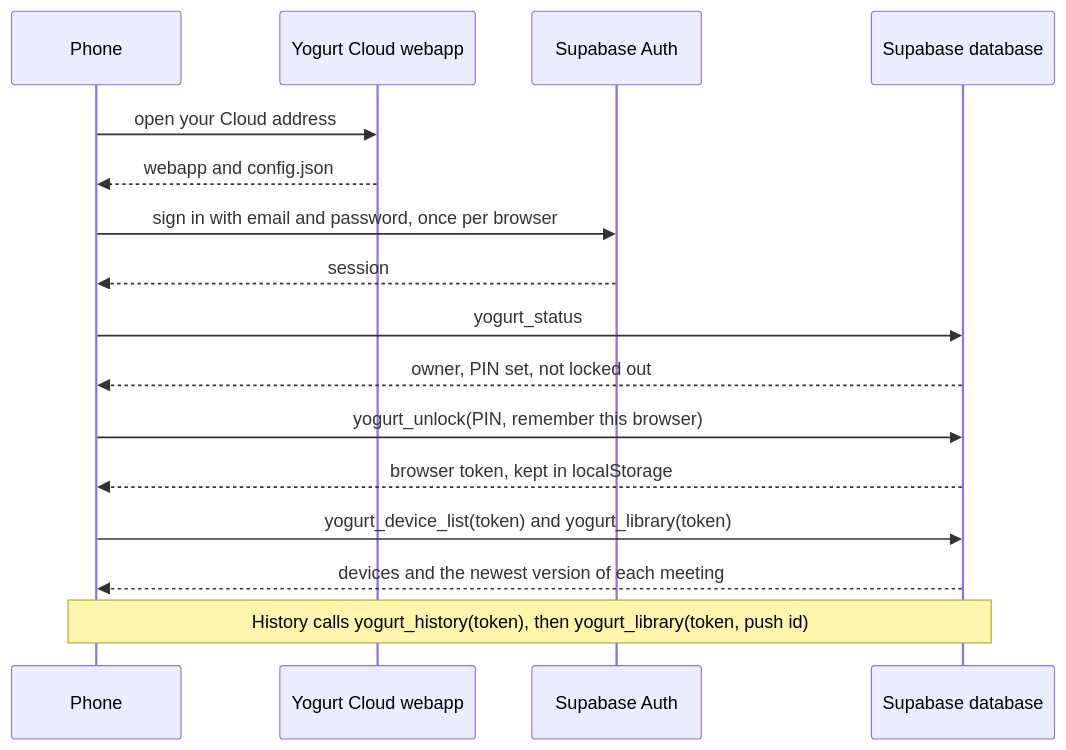
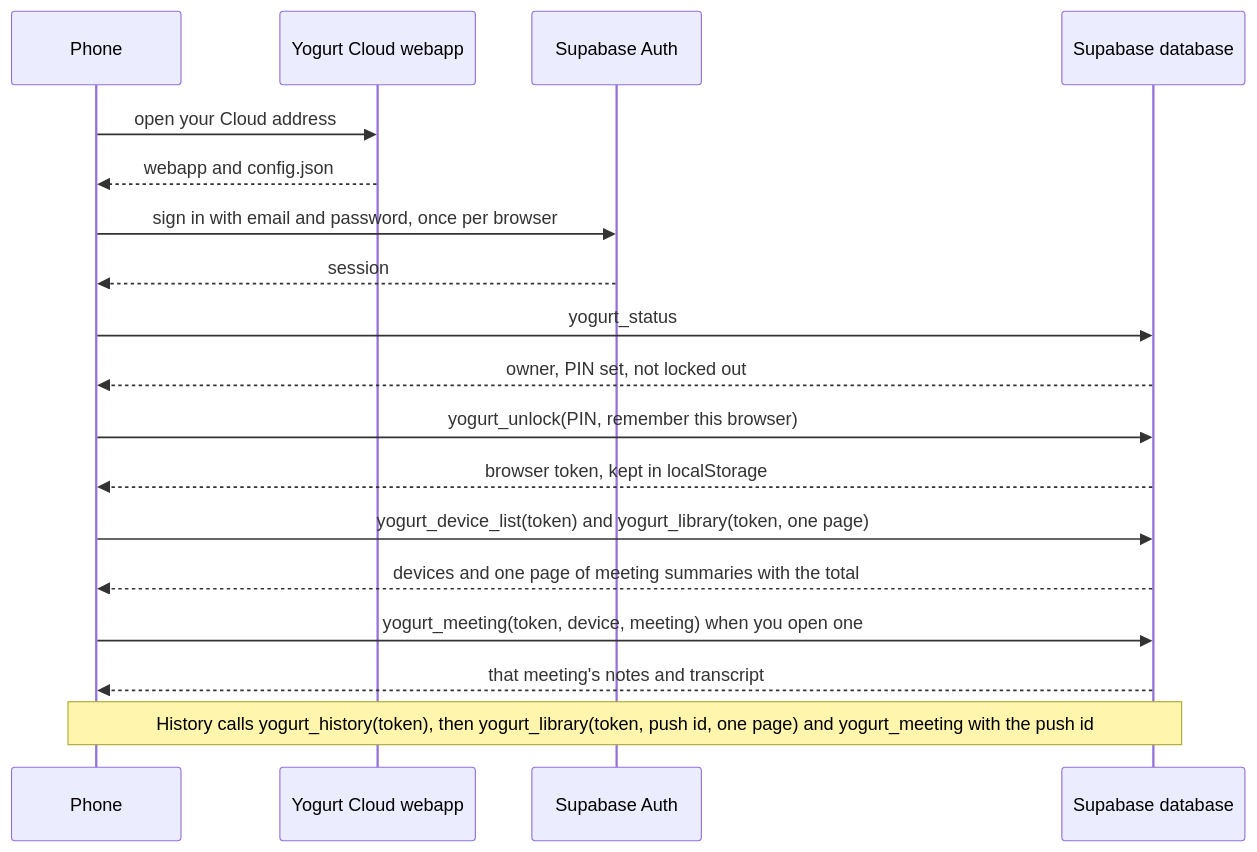
Before and after one commit to jarvisrchen/yogurt: the third of 3 diagrams in docs/CLOUD-SYNC.md, drawn with Mermaid. The commit also changed other lines of this file and 25 other files, not shown here.

First line of the commit message:
SYNC-12: Page the webapp library and open meetings through yogurt_meeting (#176)

````diff
--- a/docs/CLOUD-SYNC.md
+++ b/docs/CLOUD-SYNC.md
@@ -90,18 +90,20 @@
 ```mermaid
 sequenceDiagram
   participant P as Phone
   participant W as Yogurt Cloud webapp
   participant A as Supabase Auth
   participant D as Supabase database
   P->>W: open your Cloud address
   W-->>P: webapp and config.json
   P->>A: sign in with email and password, once per browser
   A-->>P: session
   P->>D: yogurt_status
   D-->>P: owner, PIN set, not locked out
   P->>D: yogurt_unlock(PIN, remember this browser)
   D-->>P: browser token, kept in localStorage
-  P->>D: yogurt_device_list(token) and yogurt_library(token)
-  D-->>P: devices and the newest version of each meeting
-  Note over P,D: History calls yogurt_history(token), then yogurt_library(token, push id)
+  P->>D: yogurt_device_list(token) and yogurt_library(token, one page)
+  D-->>P: devices and one page of meeting summaries with the total
+  P->>D: yogurt_meeting(token, device, meeting) when you open one
+  D-->>P: that meeting's notes and transcript
+  Note over P,D: History calls yogurt_history(token), then yogurt_library(token, push id, one page) and yogurt_meeting with the push id
 ```
````
